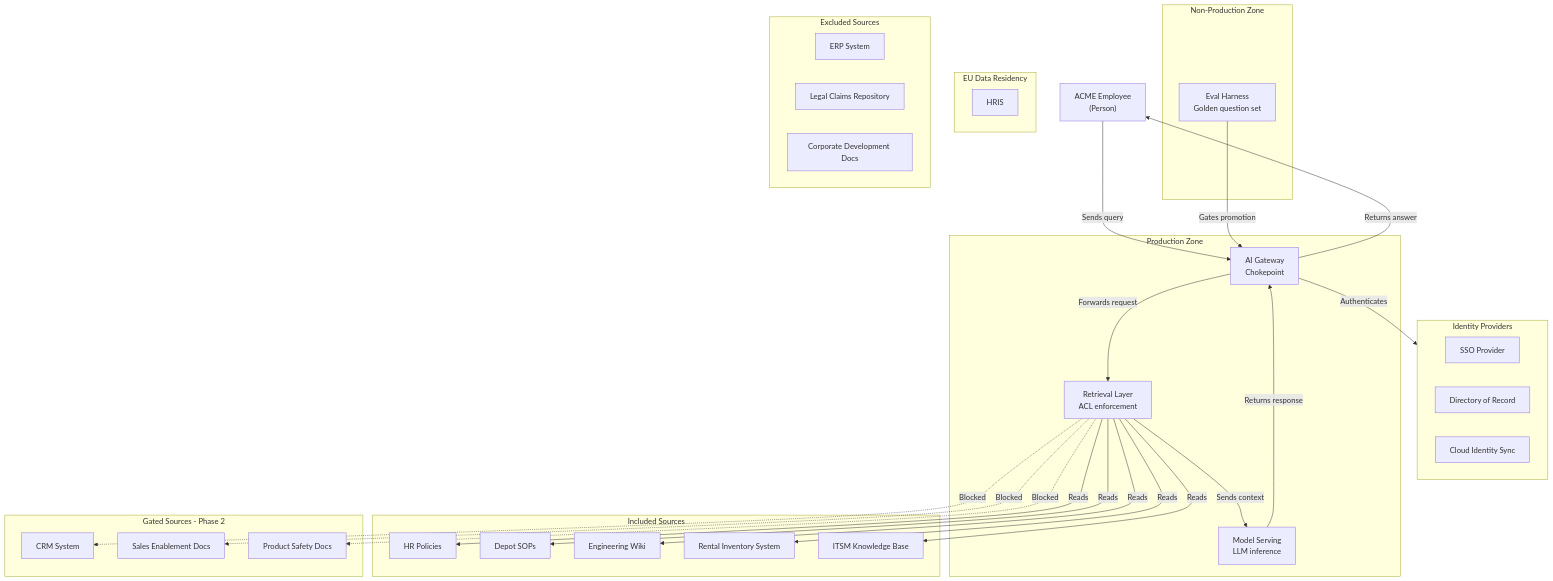
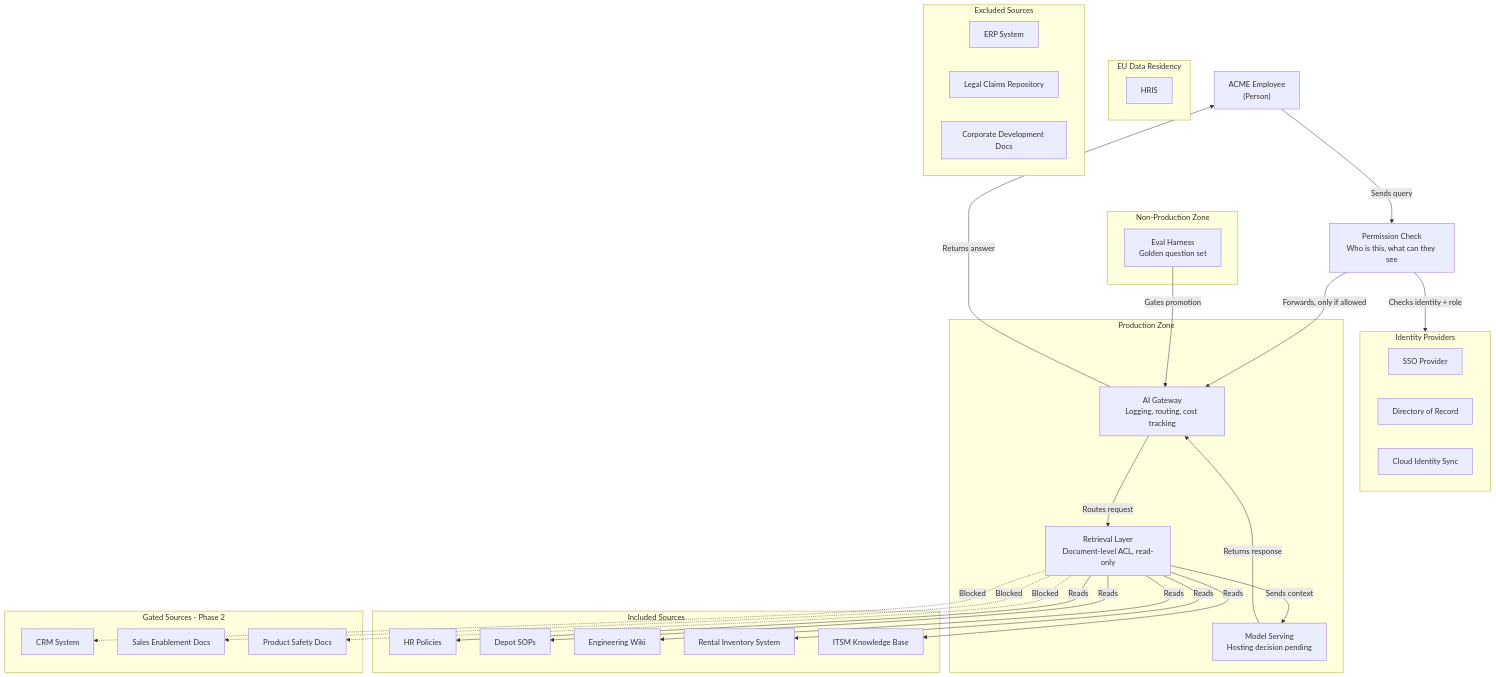
The diagram in AskACME_HLA_Package (2).md (vahnessa710/askacme-adoption-proposal), drawn with Mermaid before and after one commit. The commit also changed other lines of this file, not shown here.

First line of the commit message:
Add Permission Check before AI Gateway in architecture

````diff
--- a/AskACME_HLA_Package (2).md
+++ b/AskACME_HLA_Package (2).md
@@ -8,60 +9,63 @@
 ```mermaid
 flowchart TB
     employee["ACME Employee<br/>(Person)"]
 
     subgraph idp["Identity Providers"]
         okta["SSO Provider"]
         ad["Directory of Record"]
         entra["Cloud Identity Sync"]
     end
 
+    permcheck["Permission Check<br/>Who is this, what can they see"]
+
     subgraph prod["Production Zone"]
-        gateway["AI Gateway<br/>Chokepoint"]
-        retrieval["Retrieval Layer<br/>ACL enforcement"]
-        model["Model Serving<br/>LLM inference"]
+        gateway["AI Gateway<br/>Logging, routing, cost tracking"]
+        retrieval["Retrieval Layer<br/>Document-level ACL, read-only"]
+        model["Model Serving<br/>Hosting decision pending"]
     end
 
     subgraph nonprod["Non-Production Zone"]
         eval["Eval Harness<br/>Golden question set"]
     end
 
     subgraph included["Included Sources"]
         hr["HR Policies"]
         sop["Depot SOPs"]
         wiki["Engineering Wiki"]
         armory["Rental Inventory System"]
         snow["ITSM Knowledge Base"]
     end
 
     subgraph gated["Gated Sources - Phase 2"]
         sfdc["CRM System"]
         salesent["Sales Enablement Docs"]
         prodsafety["Product Safety Docs"]
     end
 
     subgraph eu["EU Data Residency"]
         workday["HRIS"]
     end
 
     subgraph excluded["Excluded Sources"]
         sap["ERP System"]
         legal["Legal Claims Repository"]
         corpdev["Corporate Development Docs"]
     end
 
-    employee -->|Sends query| gateway
-    gateway -->|Authenticates| idp
-    gateway -->|Forwards request| retrieval
+    employee -->|Sends query| permcheck
+    permcheck -->|Checks identity + role| idp
+    permcheck -->|Forwards, only if allowed| gateway
+    gateway -->|Routes request| retrieval
     retrieval -->|Reads| hr
     retrieval -->|Reads| sop
     retrieval -->|Reads| wiki
     retrieval -->|Reads| armory
     retrieval -->|Reads| snow
     retrieval -.->|Blocked| sfdc
     retrieval -.->|Blocked| salesent
     retrieval -.->|Blocked| prodsafety
     retrieval -->|Sends context| model
     model -->|Returns response| gateway
     gateway -->|Returns answer| employee
     eval -->|Gates promotion| gateway
 ```
````
